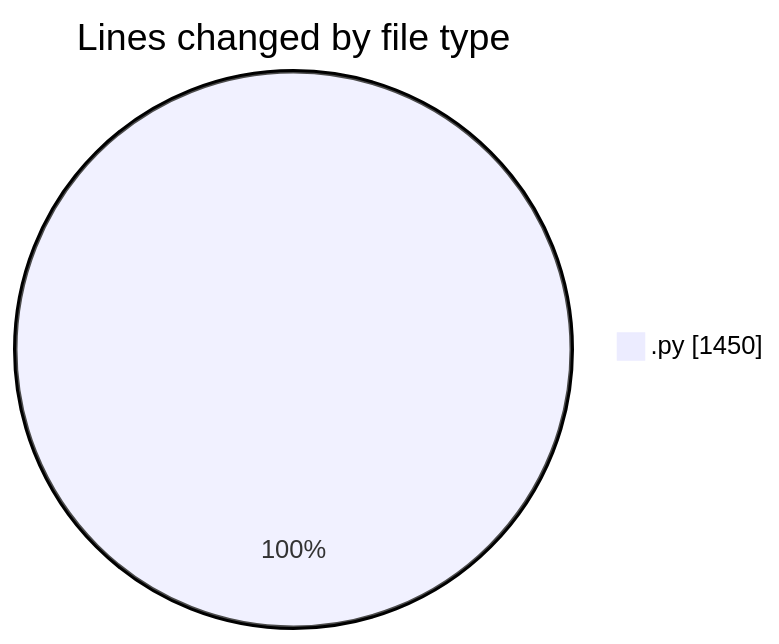
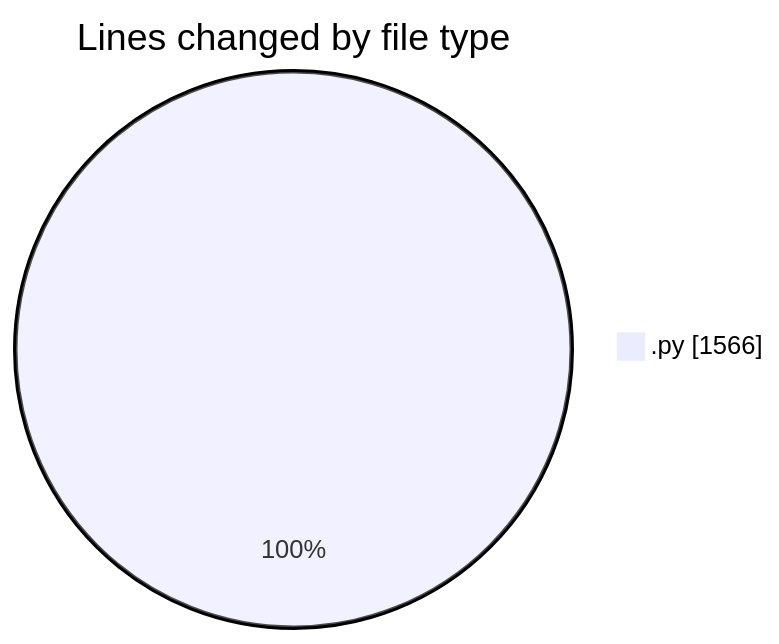
The first of 2 diagrams in 2025-10-08/eventscop-api-guide__workspace_/README.md (julien-gomy/code-tracking), drawn with Mermaid before and after one commit. The commit also changed other lines of this file and 1 other file, not shown here.

````diff
--- a/2025-10-08/eventscop-api-guide__workspace_/README.md
+++ b/2025-10-08/eventscop-api-guide__workspace_/README.md
@@ -21,5 +24,5 @@
 ```mermaid
 pie showData
 title Lines changed by file type
-".py" : 1450
+".py" : 1566
 ```
````
